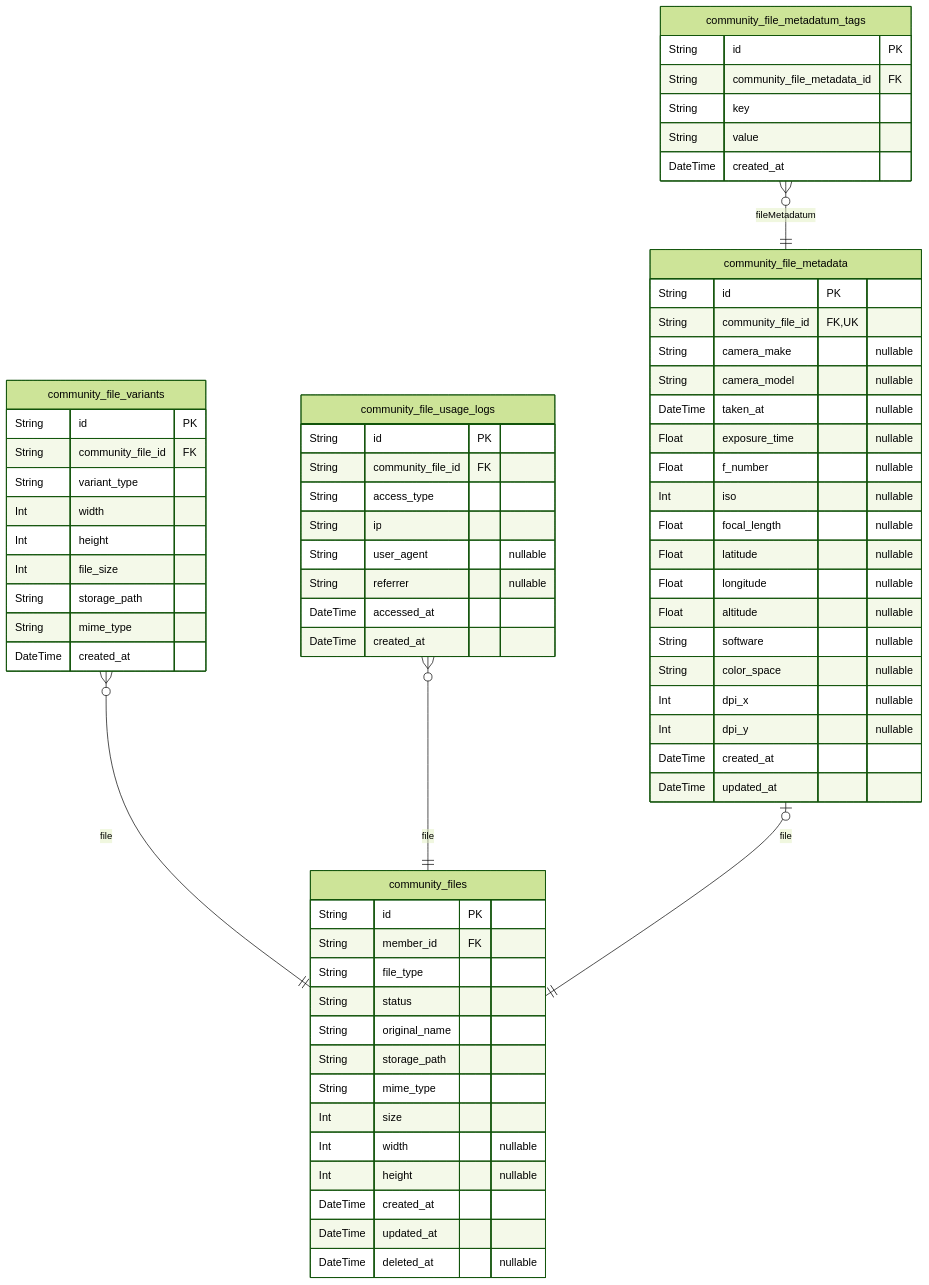
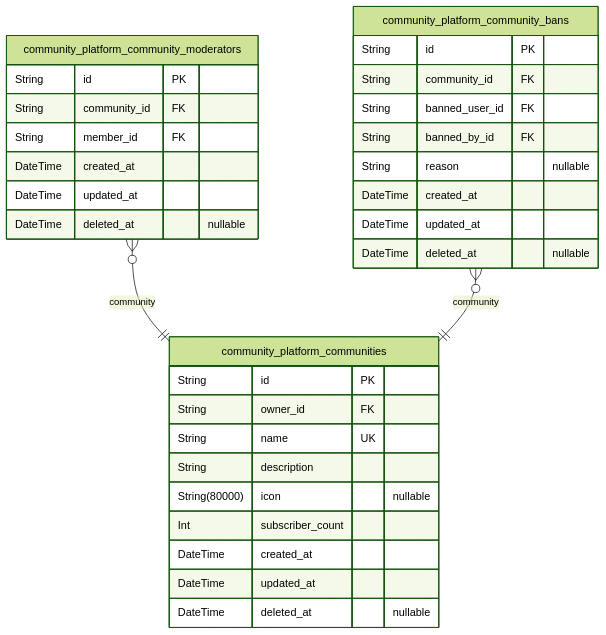
Before and after one commit to wrtnlabs/autobe-examples: the second of 8 diagrams in z-ai/glm-5/reddit/docs/ERD.md, drawn with Mermaid (forest theme). The commit also changed other lines of this file and 17098 other files, not shown here.

````diff
--- a/z-ai/glm-5/reddit/docs/ERD.md
+++ b/z-ai/glm-5/reddit/docs/ERD.md
@@ -183,70 +272,34 @@
 ```mermaid
 erDiagram
-"community_files" {
+"community_platform_communities" {
   String id PK
-  String member_id FK
-  String file_type
-  String status
-  String original_name
-  String storage_path
-  String mime_type
-  Int size
-  Int width "nullable"
-  Int height "nullable"
+  String owner_id FK
+  String name UK
+  String description
+  String(80000) icon "nullable"
+  Int subscriber_count
   DateTime created_at
   DateTime updated_at
   DateTime deleted_at "nullable"
 }
-"community_file_variants" {
+"community_platform_community_moderators" {
   String id PK
-  String community_file_id FK
-  String variant_type
-  Int width
-  Int height
-  Int file_size
-  String storage_path
-  String mime_type
-  DateTime created_at
-}
-"community_file_usage_logs" {
-  String id PK
-  String community_file_id FK
-  String access_type
-  String ip
-  String user_agent "nullable"
-  String referrer "nullable"
-  DateTime accessed_at
-  DateTime created_at
-}
-"community_file_metadata" {
-  String id PK
-  String community_file_id FK,UK
-  String camera_make "nullable"
-  String camera_model "nullable"
-  DateTime taken_at "nullable"
-  Float exposure_time "nullable"
-  Float f_number "nullable"
-  Int iso "nullable"
-  Float focal_length "nullable"
-  Float latitude "nullable"
-  Float longitude "nullable"
-  Float altitude "nullable"
-  String software "nullable"
-  String color_space "nullable"
-  Int dpi_x "nullable"
-  Int dpi_y "nullable"
+  String community_id FK
+  String member_id FK
   DateTime created_at
   DateTime updated_at
+  DateTime deleted_at "nullable"
 }
-"community_file_metadatum_tags" {
+"community_platform_community_bans" {
   String id PK
-  String community_file_metadata_id FK
-  String key
-  String value
+  String community_id FK
+  String banned_user_id FK
+  String banned_by_id FK
+  String reason "nullable"
   DateTime created_at
+  DateTime updated_at
+  DateTime deleted_at "nullable"
 }
-"community_file_variants" }o--|| "community_files" : file
-"community_file_usage_logs" }o--|| "community_files" : file
-"community_file_metadata" |o--|| "community_files" : file
-"community_file_metadatum_tags" }o--|| "community_file_metadata" : fileMetadatum
+"community_platform_community_moderators" }o--|| "community_platform_communities" : community
+"community_platform_community_bans" }o--|| "community_platform_communities" : community
 ```
````
